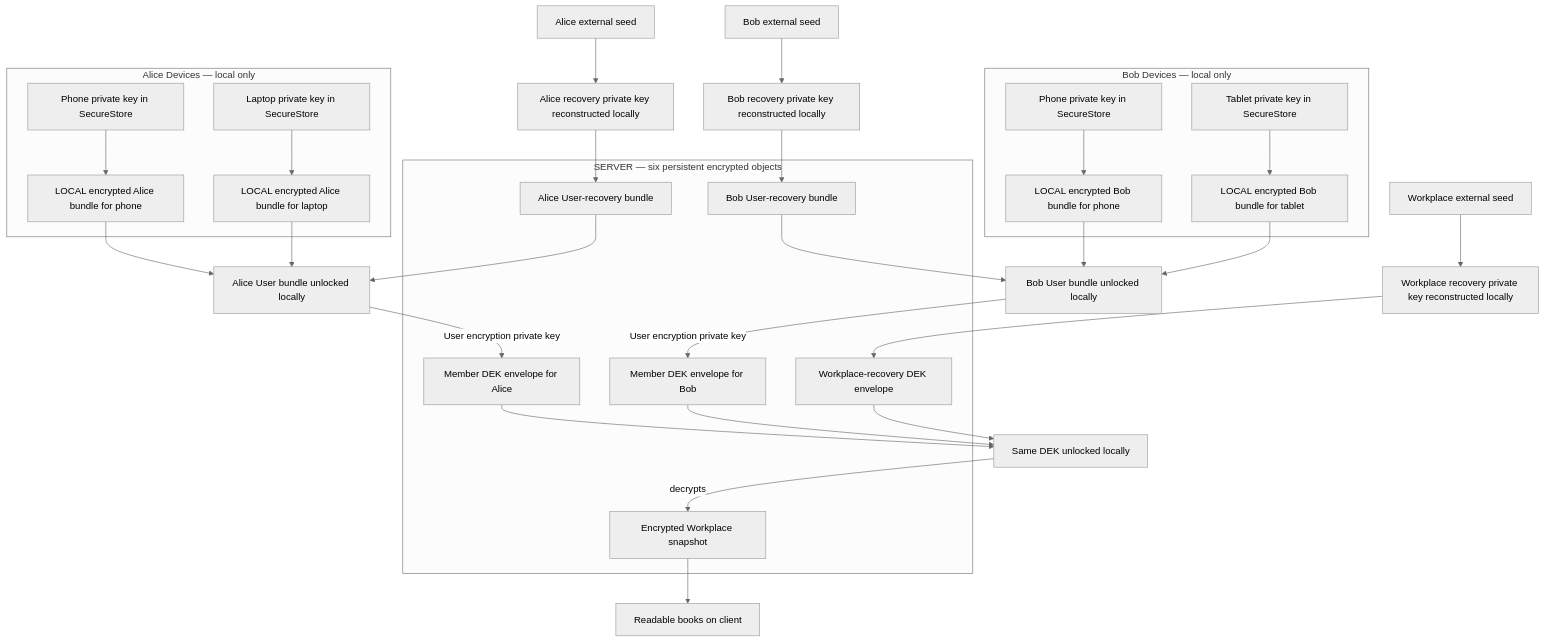
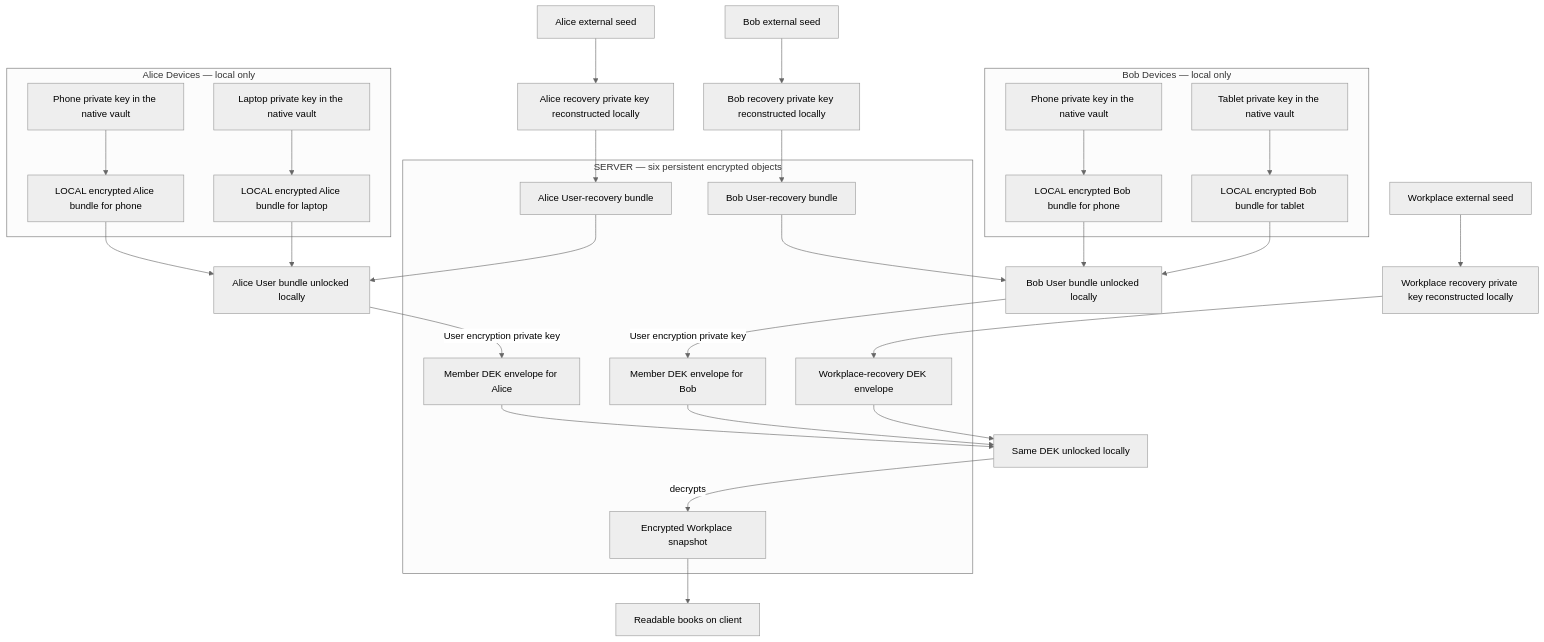
Before and after one commit to SahilSoniOrg/full-frills-balance: the diagram in docs/specs/online-sync-privacy/key-management.md, drawn with Mermaid (neutral theme). The commit also changed other lines of this file and 63 other files, not shown here.

Commit message:
feat: keep V1 private key operations native

````diff
--- a/docs/specs/online-sync-privacy/key-management.md
+++ b/docs/specs/online-sync-privacy/key-management.md
@@ -121,38 +129,38 @@
 ```mermaid
 flowchart TD
     subgraph AliceLocal["Alice Devices — local only"]
-        A1["Phone private key in SecureStore"] --> A1E["LOCAL encrypted Alice bundle for phone"]
-        A2["Laptop private key in SecureStore"] --> A2E["LOCAL encrypted Alice bundle for laptop"]
+        A1["Phone private key in the native vault"] --> A1E["LOCAL encrypted Alice bundle for phone"]
+        A2["Laptop private key in the native vault"] --> A2E["LOCAL encrypted Alice bundle for laptop"]
     end
     subgraph BobLocal["Bob Devices — local only"]
-        B1["Phone private key in SecureStore"] --> B1E["LOCAL encrypted Bob bundle for phone"]
-        B2["Tablet private key in SecureStore"] --> B2E["LOCAL encrypted Bob bundle for tablet"]
+        B1["Phone private key in the native vault"] --> B1E["LOCAL encrypted Bob bundle for phone"]
+        B2["Tablet private key in the native vault"] --> B2E["LOCAL encrypted Bob bundle for tablet"]
     end
     AR["Alice external seed"] --> ARK["Alice recovery private key reconstructed locally"]
     BR["Bob external seed"] --> BRK["Bob recovery private key reconstructed locally"]
     WR["Workplace external seed"] --> WRK["Workplace recovery private key reconstructed locally"]
     subgraph Cloud["SERVER — six persistent encrypted objects"]
         ARE["Alice User-recovery bundle"]
         BRE["Bob User-recovery bundle"]
         AE["Member DEK envelope for Alice"]
         BE["Member DEK envelope for Bob"]
         WE["Workplace-recovery DEK envelope"]
         DATA["Encrypted Workplace snapshot"]
     end
     ARK --> ARE
     BRK --> BRE
     A1E --> AU["Alice User bundle unlocked locally"]
     A2E --> AU
     ARE --> AU
     B1E --> BU["Bob User bundle unlocked locally"]
     B2E --> BU
     BRE --> BU
     AU -->|User encryption private key| AE
     BU -->|User encryption private key| BE
     WRK --> WE
     AE --> DEK["Same DEK unlocked locally"]
     BE --> DEK
     WE --> DEK
     DEK -->|decrypts| DATA
     DATA --> BOOKS["Readable books on client"]
 ```
````
